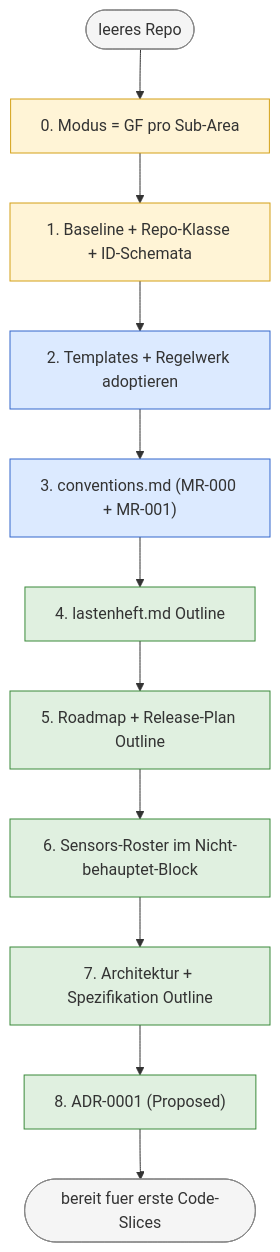
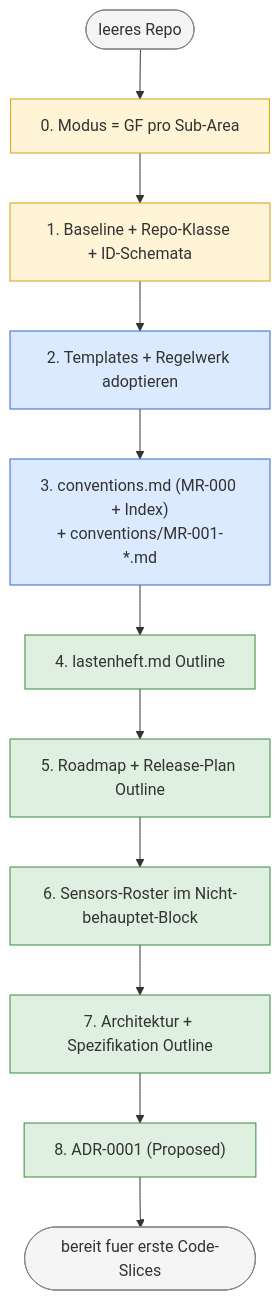
One commit to pt9912/ai-harness-course changed the first of 2 diagrams in kurs/de/01-spec-und-architektur/modul-02-harness-bootstrap.md. Above: the diagram before and after it, drawn with Mermaid. The commit also changed other lines of this file and 12 other files, not shown here.

````diff
--- a/kurs/de/01-spec-und-architektur/modul-02-harness-bootstrap.md
+++ b/kurs/de/01-spec-und-architektur/modul-02-harness-bootstrap.md
@@ -300,22 +300,22 @@
 ```mermaid
 flowchart TD
     Start([leeres Repo]):::start
     S0["0. Modus = GF pro Sub-Area"]:::orient
     S1["1. Baseline + Repo-Klasse + ID-Schemata"]:::orient
     S2["2. Templates + Regelwerk adoptieren"]:::action
-    S3["3. conventions.md (MR-000 + MR-001)"]:::action
+    S3["3. conventions.md (MR-000 + Index)<br/>+ conventions/MR-001-*.md"]:::action
     S4["4. lastenheft.md Outline"]:::content
     S5["5. Roadmap + Release-Plan Outline"]:::content
     S6["6. Sensors-Roster im Nicht-behauptet-Block"]:::content
     S7["7. Architektur + Spezifikation Outline"]:::content
     S8["8. ADR-0001 (Proposed)"]:::content
     End([bereit fuer erste Code-Slices]):::endNode
 
     Start --> S0 --> S1 --> S2 --> S3 --> S4 --> S5 --> S6 --> S7 --> S8 --> End
 
     classDef start fill:#f5f5f5,stroke:#888
     classDef orient fill:#fff4d6,stroke:#d4a017
     classDef action fill:#dceaff,stroke:#3366cc
     classDef content fill:#e0f0e0,stroke:#3a8a3a
     classDef endNode fill:#f5f5f5,stroke:#888
 ```
````
